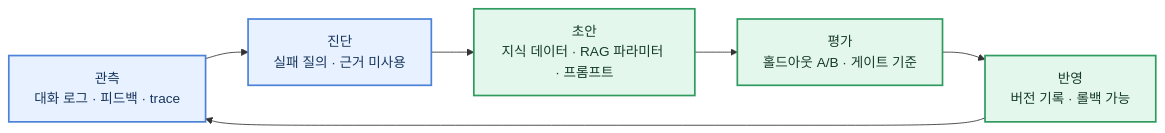
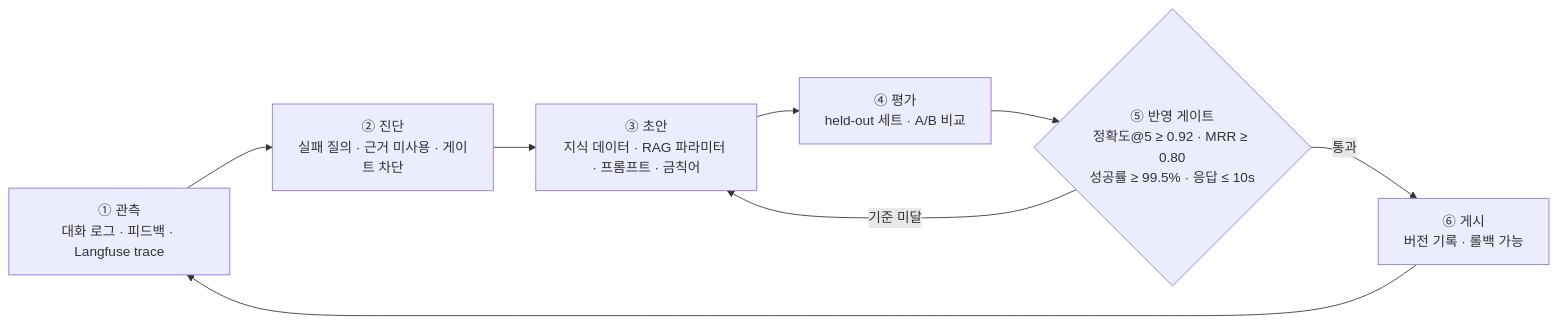
The third of 3 diagrams in profile/README.md (likelion-8/.github), drawn with Mermaid before and after one commit. The commit also changed other lines of this file, not shown here.

First line of the commit message:
Update flowchart diagrams in README.md

````diff
--- a/profile/README.md
+++ b/profile/README.md
@@ -128,14 +122,10 @@
 ```mermaid
 flowchart LR
-    OB[관측<br/>대화 로그 · 피드백 · trace] --> DX[진단<br/>실패 질의 · 근거 미사용]
-    DX --> DR[초안<br/>지식 데이터 · RAG 파라미터 · 프롬프트]
-    DR --> EV[평가<br/>홀드아웃 A/B · 게이트 기준]
-    EV --> AP[반영<br/>버전 기록 · 롤백 가능]
+    OB[① 관측<br/>대화 로그 · 피드백 · Langfuse trace] --> DX[② 진단<br/>실패 질의 · 근거 미사용 · 게이트 차단]
+    DX --> DR[③ 초안<br/>지식 데이터 · RAG 파라미터 · 프롬프트 · 금칙어]
+    DR --> EV[④ 평가<br/>held-out 세트 · A/B 비교]
+    EV --> GT{⑤ 반영 게이트<br/>정확도@5 ≥ 0.92 · MRR ≥ 0.80<br/>성공률 ≥ 99.5% · 응답 ≤ 10s}
+    GT -->|기준 미달| DR
+    GT -->|통과| AP[⑥ 게시<br/>버전 기록 · 롤백 가능]
     AP --> OB
-
-    classDef eval fill:#E8F1FF,stroke:#4C82D8,color:#17365D,stroke-width:2px;
-    classDef ops fill:#E4F7EC,stroke:#2F9B61,color:#163C29,stroke-width:2px;
-
-    class OB,DX eval;
-    class DR,EV,AP ops;
 ```
````
